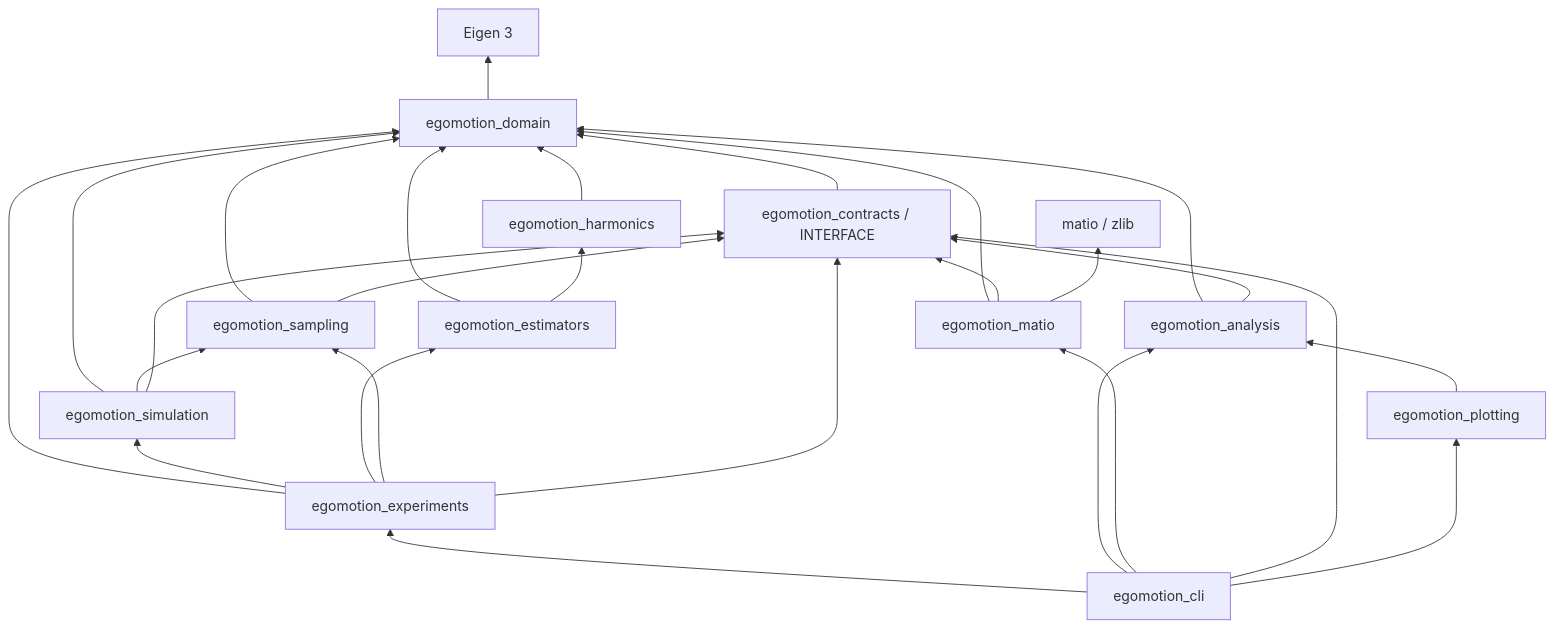
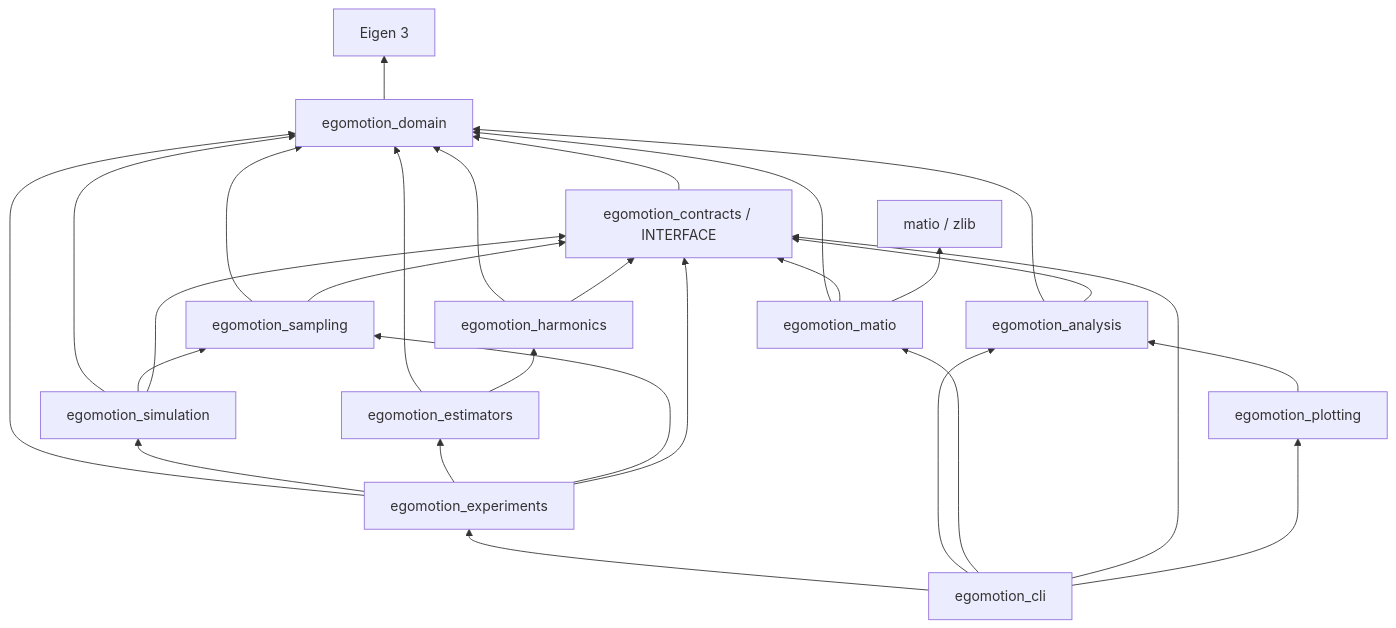
The third of 5 diagrams in docs/ARCHITECTURE.md (ncut-d1z/Egomotion-Estimation-with-Dense-Flow-Fields), drawn with Mermaid before and after one commit. The commit also changed other lines of this file, not shown here.

```diff
--- a/docs/ARCHITECTURE.md
+++ b/docs/ARCHITECTURE.md
@@ -135,29 +137,30 @@
 ~~~mermaid
 flowchart BT
   D[egomotion_domain] --> E[Eigen 3]
   K[egomotion_contracts / INTERFACE] --> D
   S[egomotion_sampling] --> D
   S --> K
   H[egomotion_harmonics] --> D
+  H --> K
   V[egomotion_simulation] --> D
   V --> S
   V --> K
   A[egomotion_estimators] --> D
   A --> H
   I[egomotion_matio] --> D
   I --> K
   I --> M[matio / zlib]
   X[egomotion_experiments] --> D
   X --> V
   X --> A
   X --> S
   X --> K
   N[egomotion_analysis] --> D
   N --> K
   P[egomotion_plotting] --> N
   C[egomotion_cli] --> X
   C --> N
   C --> I
   C --> K
   C --> P
 ~~~
```
